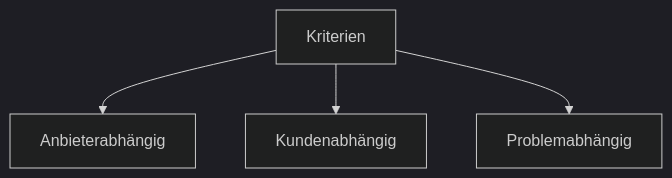
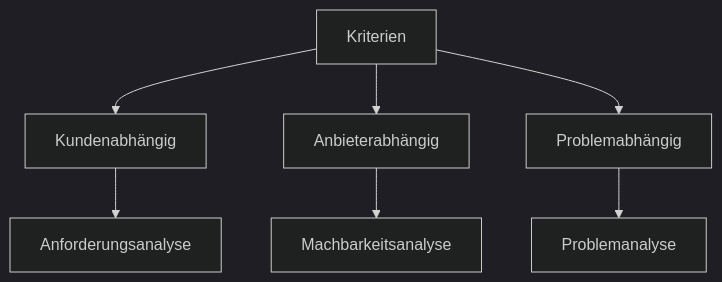
Before and after one commit to johannesloetzsch/LF10b: the diagram in src/auswahl.md, drawn with Mermaid (dark theme). The commit also changed other lines of this file and 10 other files, not shown here.

````diff
--- a/src/auswahl.md
+++ b/src/auswahl.md
@@ -5,6 +5,9 @@
 ```mermaid
 flowchart TB
+  Kriterien --> Kundenabhängig
+  Kundenabhängig --> Anforderungsanalyse
   Kriterien --> Anbieterabhängig
-  Kriterien --> Kundenabhängig
+  Anbieterabhängig --> Machbarkeitsanalyse
   Kriterien --> Problemabhängig
+  Problemabhängig --> Problemanalyse
 ```
````
